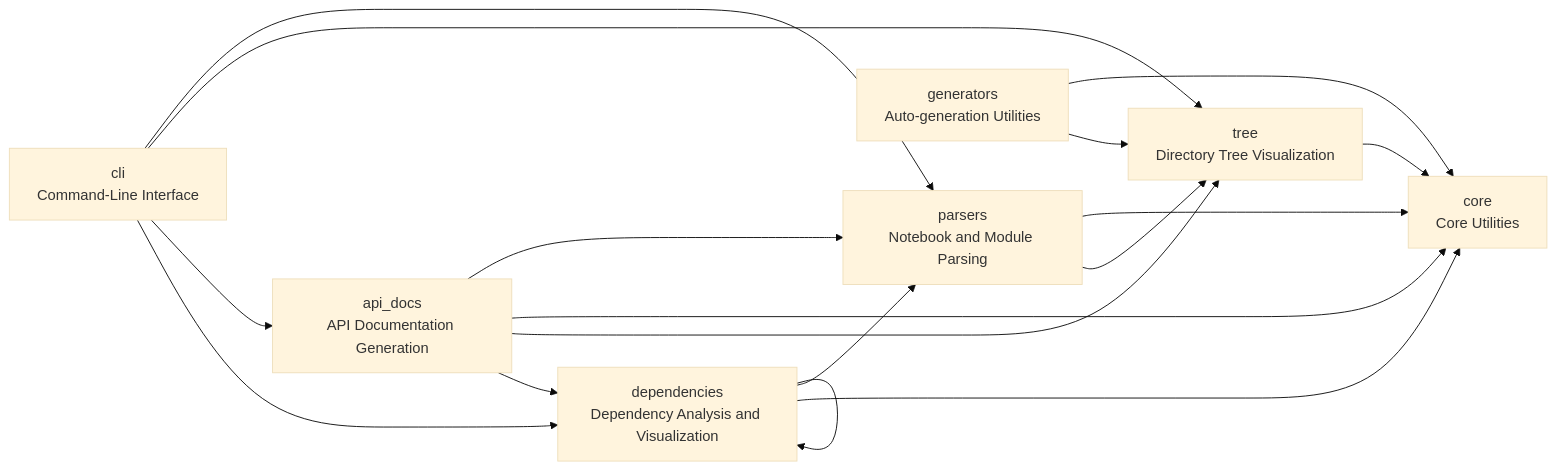
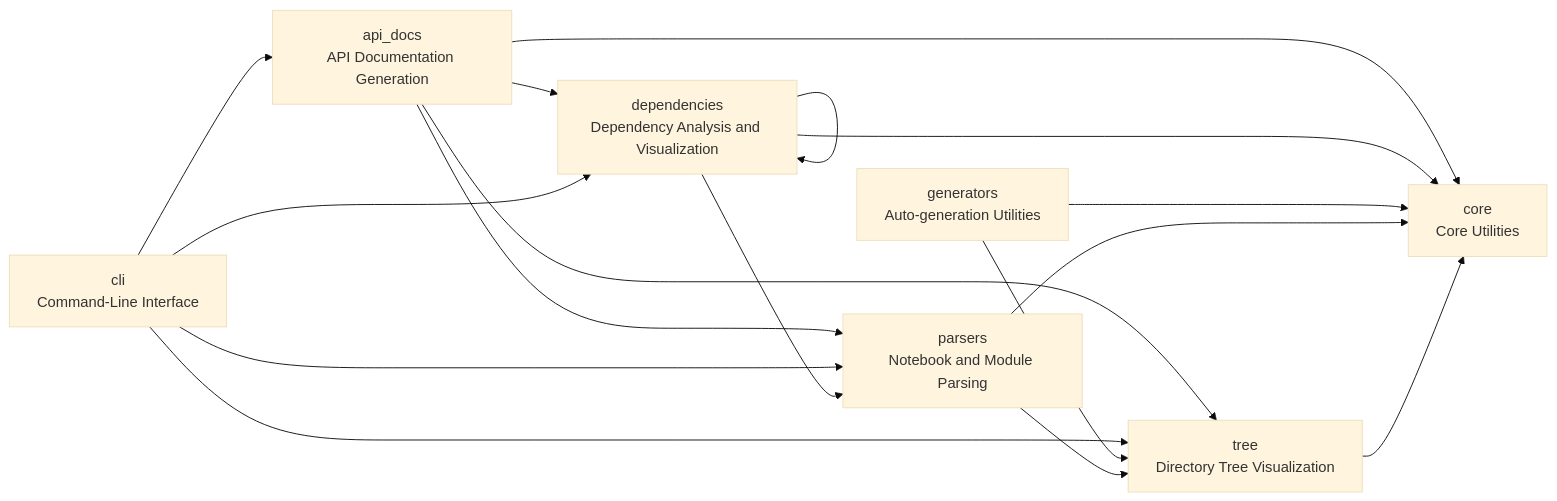
One commit to cj-mills/cjm-nbdev-overview changed the diagram in README.md. Above: the diagram before and after it, drawn with Mermaid (base theme). The commit also changed other lines of this file and 17 other files, not shown here.

````diff
--- a/README.md
+++ b/README.md
@@ -44,27 +44,27 @@
 ``` mermaid
 graph LR
+    api_docs[api_docs<br/>API Documentation Generation]
+    cli[cli<br/>Command-Line Interface]
     core[core<br/>Core Utilities]
+    dependencies[dependencies<br/>Dependency Analysis and Visualization]
+    generators[generators<br/>Auto-generation Utilities]
     parsers[parsers<br/>Notebook and Module Parsing]
     tree[tree<br/>Directory Tree Visualization]
-    api_docs[api_docs<br/>API Documentation Generation]
-    dependencies[dependencies<br/>Dependency Analysis and Visualization]
-    generators[generators<br/>Auto-generation Utilities]
-    cli[cli<br/>Command-Line Interface]
 
-    parsers --> core
-    parsers --> tree
-    tree --> core
+    api_docs --> tree
+    api_docs --> core
+    api_docs --> dependencies
     api_docs --> parsers
-    api_docs --> core
-    api_docs --> tree
-    api_docs --> dependencies
-    dependencies --> parsers
-    dependencies --> core
-    dependencies --> dependencies
-    generators --> core
-    generators --> tree
+    cli --> tree
     cli --> parsers
-    cli --> tree
     cli --> api_docs
     cli --> dependencies
+    dependencies --> dependencies
+    dependencies --> core
+    dependencies --> parsers
+    generators --> tree
+    generators --> core
+    parsers --> tree
+    parsers --> core
+    tree --> core
 ```
````
